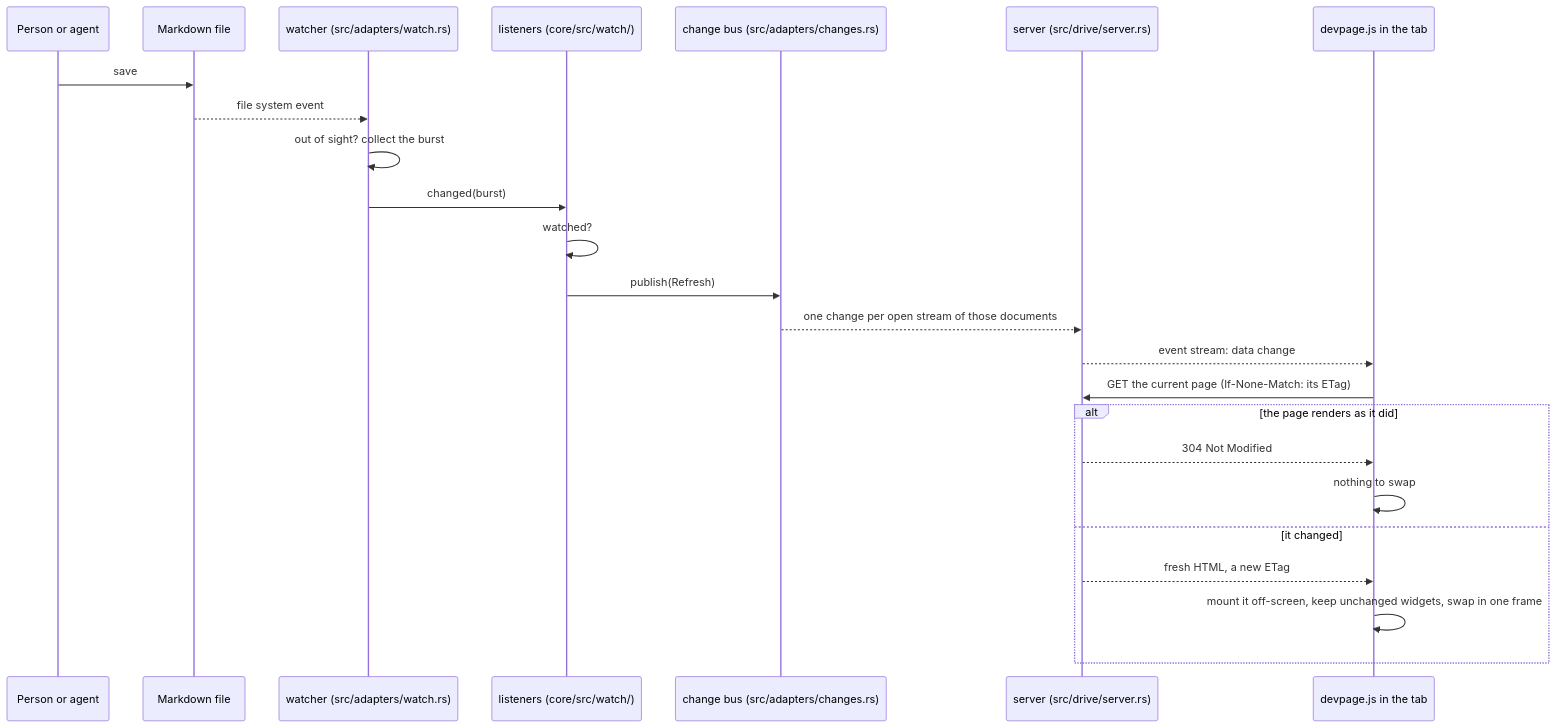
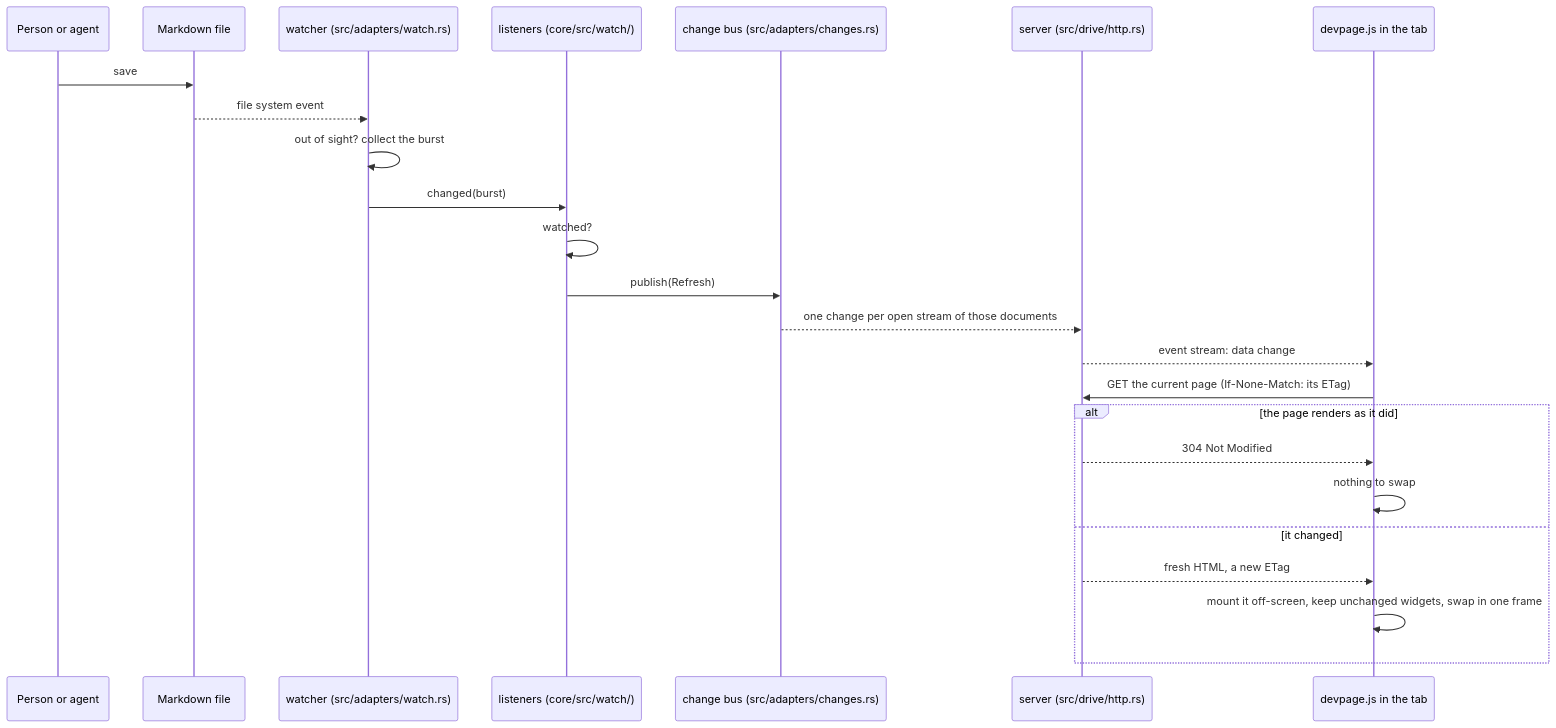
One commit to andrei512/devpage changed the first of 2 diagrams in docs/boxes/viewer/live-updates/README.md. Above: the diagram before and after it, drawn with Mermaid. The commit also changed other lines of this file and 38 other files, not shown here.

````diff
--- a/docs/boxes/viewer/live-updates/README.md
+++ b/docs/boxes/viewer/live-updates/README.md
@@ -13,26 +13,26 @@
 ```mermaid
 sequenceDiagram
   participant Editor as Person or agent
   participant Disk as Markdown file
   participant Watcher as watcher (src/adapters/watch.rs)
   participant Listeners as listeners (core/src/watch/)
   participant Channel as change bus (src/adapters/changes.rs)
-  participant Server as server (src/drive/server.rs)
+  participant Server as server (src/drive/http.rs)
   participant Page as devpage.js in the tab
   Editor->>Disk: save
   Disk-->>Watcher: file system event
   Watcher->>Watcher: out of sight? collect the burst
   Watcher->>Listeners: changed(burst)
   Listeners->>Listeners: watched?
   Listeners->>Channel: publish(Refresh)
   Channel-->>Server: one change per open stream of those documents
   Server-->>Page: event stream: data change
   Page->>Server: GET the current page (If-None-Match: its ETag)
   alt the page renders as it did
     Server-->>Page: 304 Not Modified
     Page->>Page: nothing to swap
   else it changed
     Server-->>Page: fresh HTML, a new ETag
     Page->>Page: mount it off-screen, keep unchanged widgets, swap in one frame
   end
 ```
````
